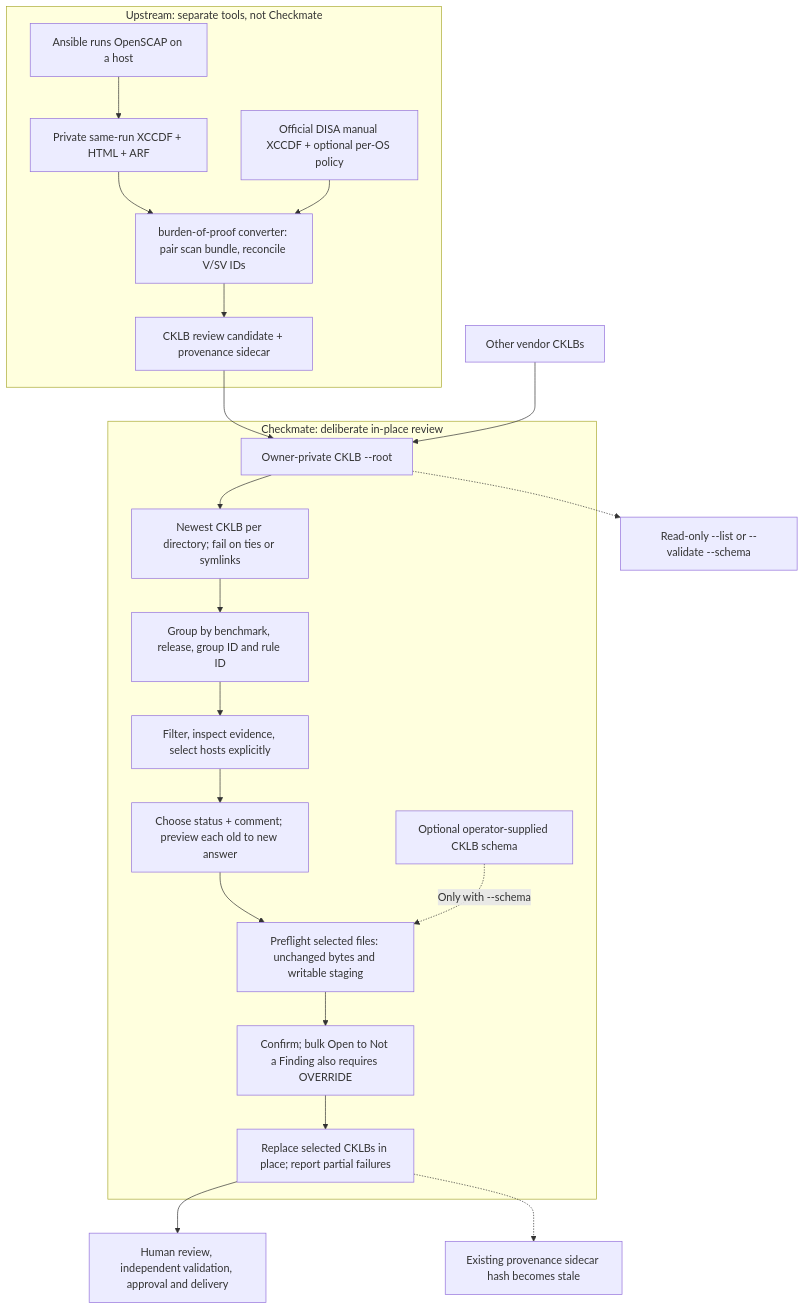
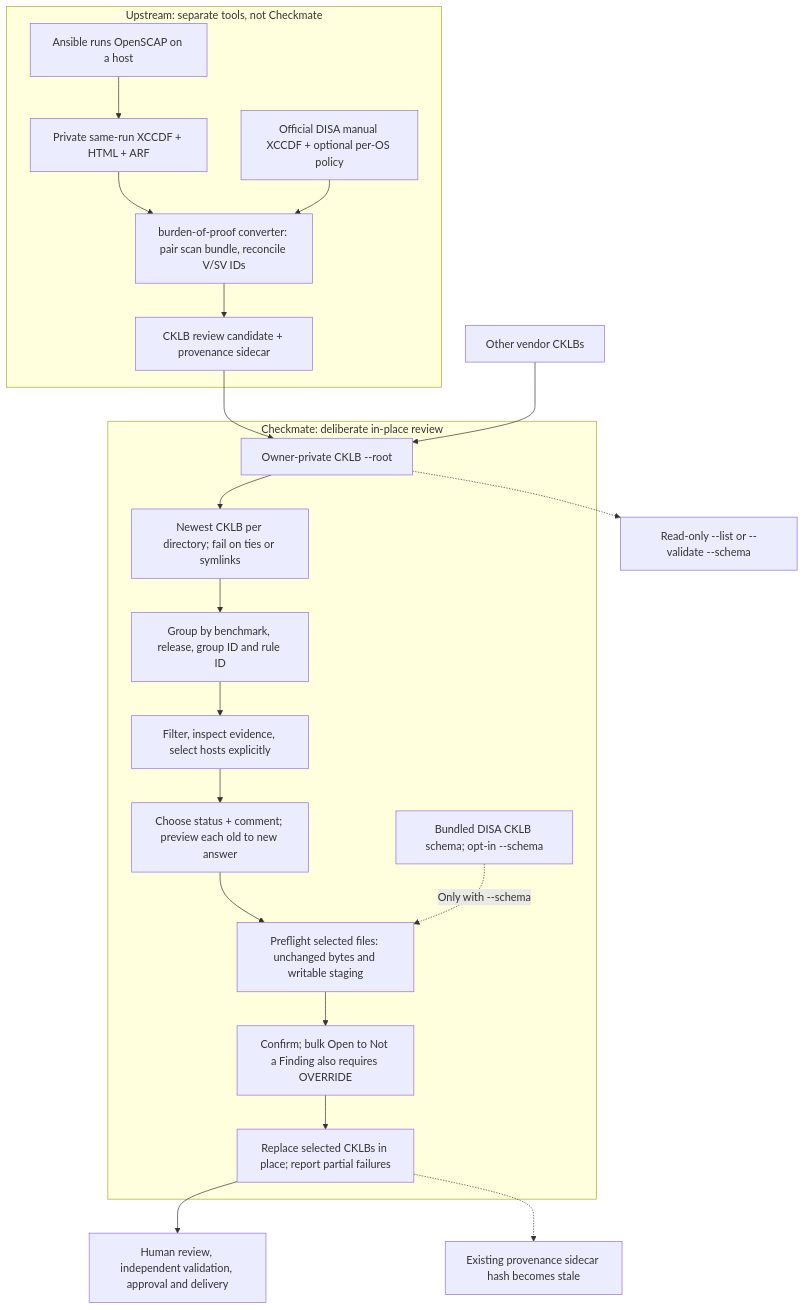
Before and after one commit to zcook44/checkmate: the diagram in README.md, drawn with Mermaid. The commit also changed other lines of this file and 5 other files, not shown here.

First line of the commit message:
chore: pin DISA CKLB schema in offline Checkmate packages

````diff
--- a/README.md
+++ b/README.md
@@ -9,24 +9,24 @@
 ```mermaid
 flowchart TD
     subgraph upstream["Upstream: separate tools, not Checkmate"]
         scan["Ansible runs OpenSCAP on a host"] --> evidence["Private same-run XCCDF + HTML + ARF"]
         evidence --> converter["burden-of-proof converter: pair scan bundle, reconcile V/SV IDs"]
         benchmark["Official DISA manual XCCDF + optional per-OS policy"] --> converter
         converter --> generated["CKLB review candidate + provenance sidecar"]
     end
     generated --> root["Owner-private CKLB --root"]
     external["Other vendor CKLBs"] --> root
     root -.-> inventory["Read-only --list or --validate --schema"]
     subgraph editor["Checkmate: deliberate in-place review"]
         root --> discover["Newest CKLB per directory; fail on ties or symlinks"]
         discover --> group["Group by benchmark, release, group ID and rule ID"]
         group --> choose["Filter, inspect evidence, select hosts explicitly"]
         choose --> preview["Choose status + comment; preview each old to new answer"]
         preview --> guard["Preflight selected files: unchanged bytes and writable staging"]
-        schema["Optional operator-supplied CKLB schema"] -.->|Only with --schema| guard
+        schema["Bundled DISA CKLB schema; opt-in --schema"] -.->|Only with --schema| guard
         guard --> confirm["Confirm; bulk Open to Not a Finding also requires OVERRIDE"]
         confirm --> edit["Replace selected CKLBs in place; report partial failures"]
     end
     edit --> human["Human review, independent validation, approval and delivery"]
     edit -.-> stale["Existing provenance sidecar hash becomes stale"]
 ```
````
